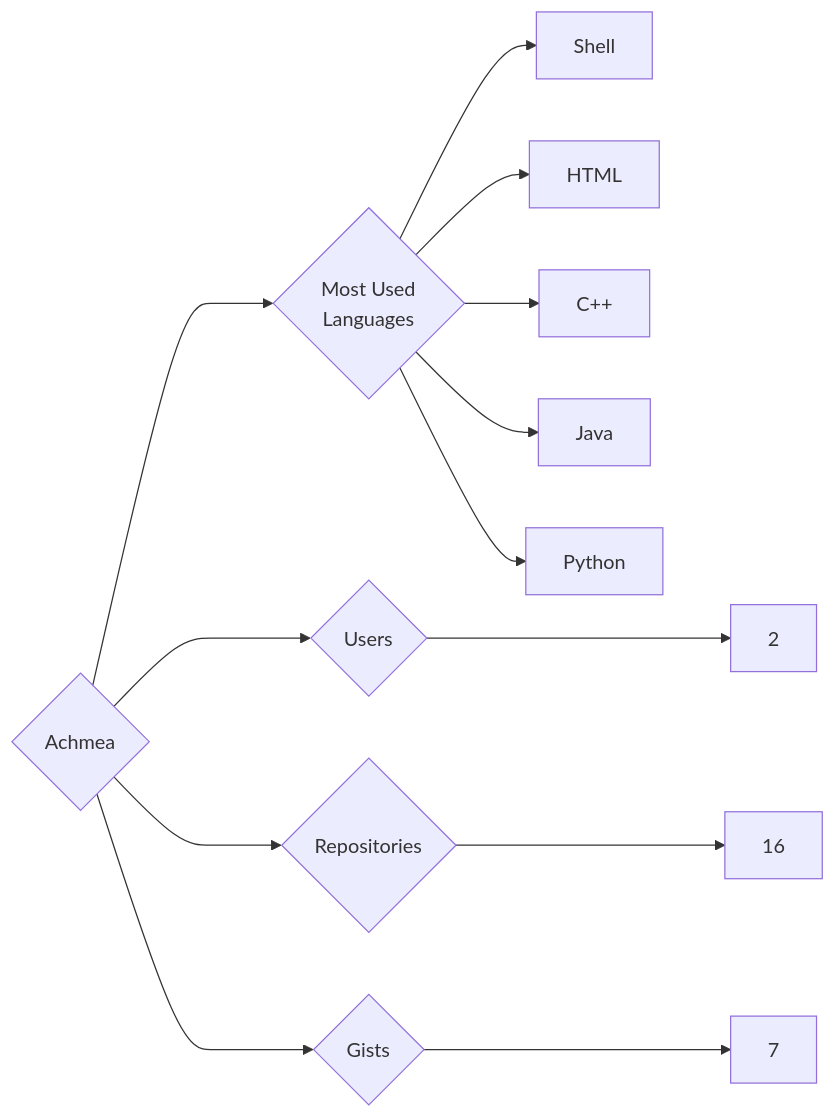
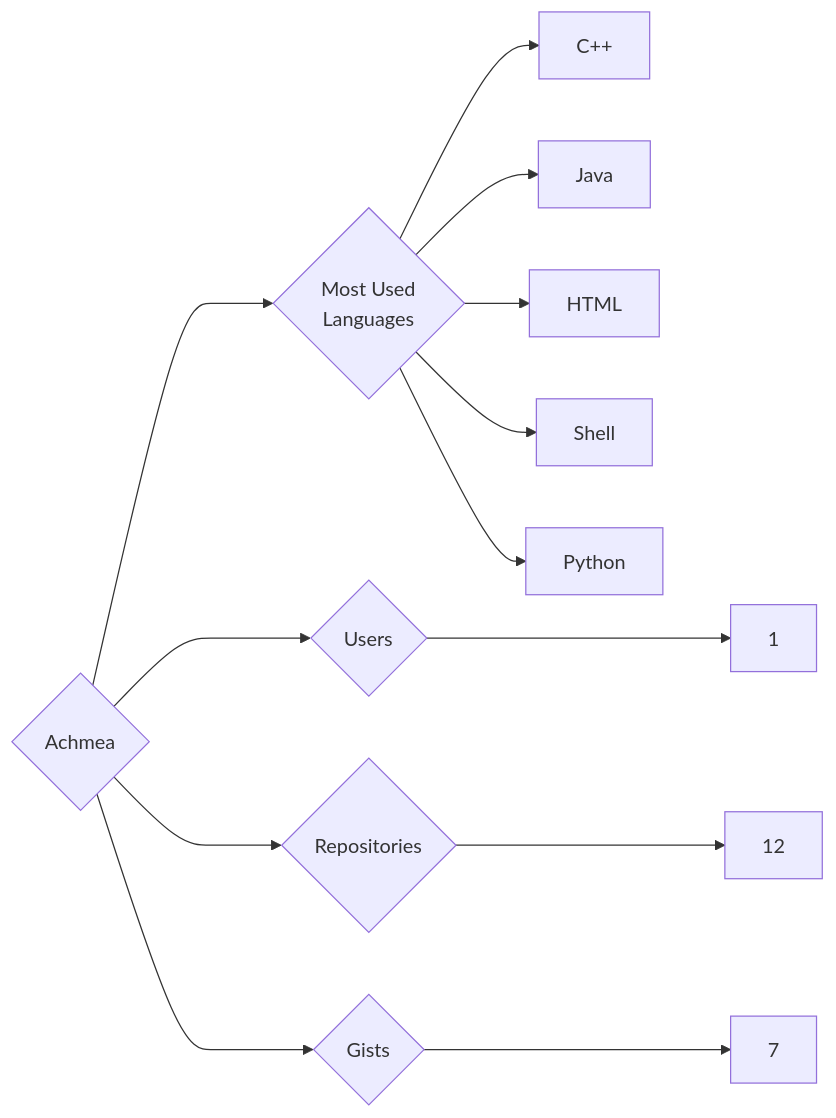
The diagram in targets/Achmea/README.md (trickest/insiders), drawn with Mermaid before and after one commit. The commit also changed 985 other files, not shown here.

````diff
--- a/targets/Achmea/README.md
+++ b/targets/Achmea/README.md
@@ -3,13 +3,13 @@
 ```mermaid
 graph LR
 COMPANY_NAME{Achmea}
-COMPANY_NAME ---> U{Users} ---> UN[2]
-COMPANY_NAME ---> R{Repositories} ---> RN[16]
+COMPANY_NAME ---> U{Users} ---> UN[1]
+COMPANY_NAME ---> R{Repositories} ---> RN[12]
 COMPANY_NAME ---> G{Gists} ---> GN[7]
 COMPANY_NAME ---> ML{Most Used<br>Languages}
-ML --> Shell[Shell]
-ML --> HTML[HTML]
 ML --> C++[C++]
 ML --> Java[Java]
+ML --> HTML[HTML]
+ML --> Shell[Shell]
 ML --> Python[Python]
 ```
````
